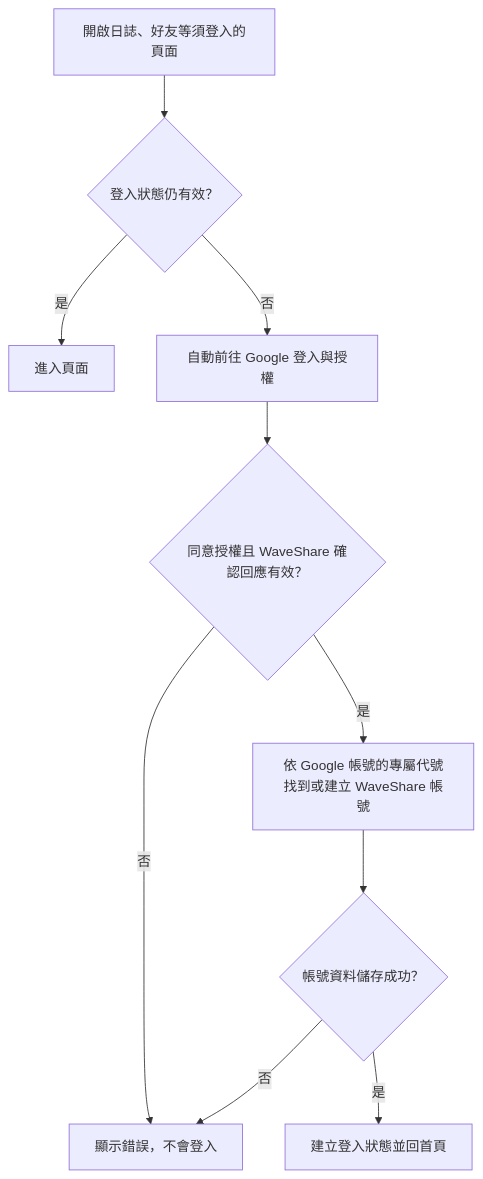
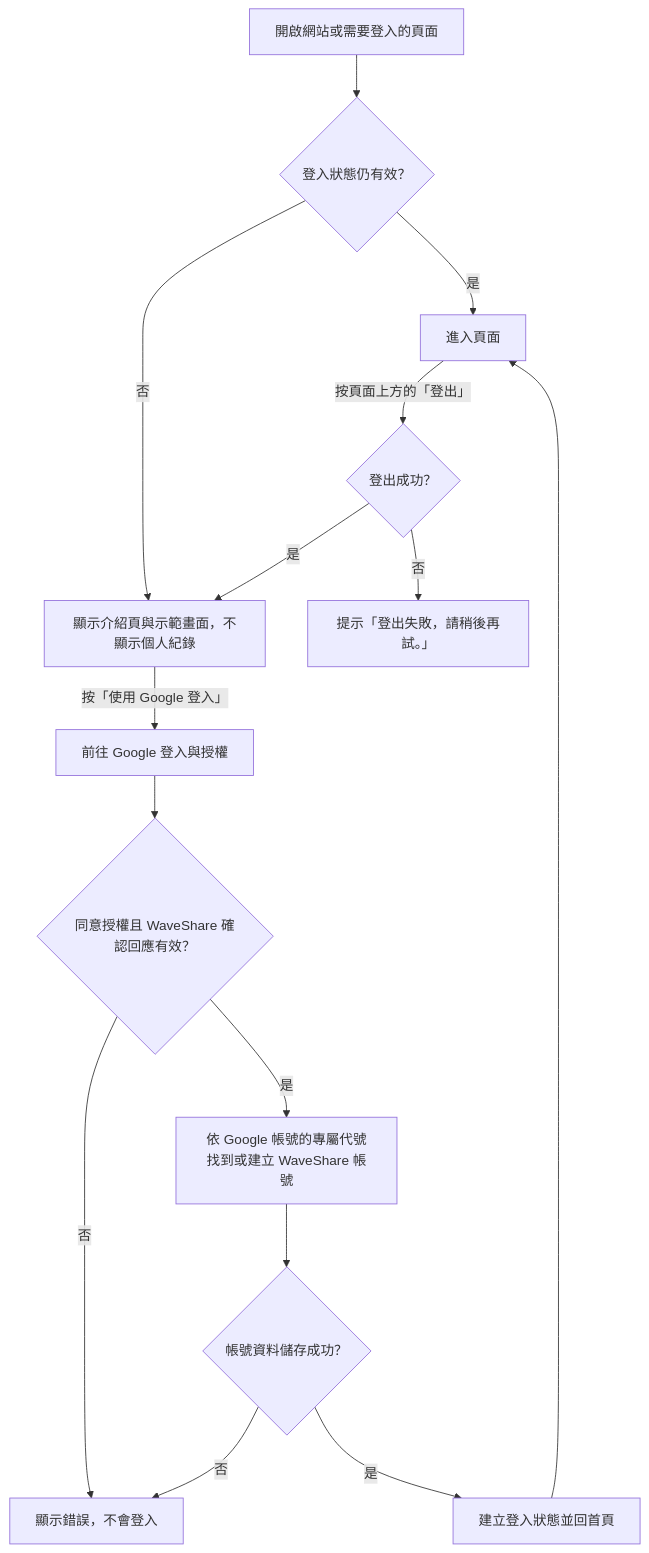
One commit to ChristingChang/waveshare changed the first of 7 diagrams in docs/flows.md. Above: the diagram before and after it, drawn with Mermaid. The commit also changed other lines of this file and 4 other files, not shown here.

Commit message:
docs: 更新登入、登出、分享圖卡與照片上傳說明

````diff
--- a/docs/flows.md
+++ b/docs/flows.md
@@ -9,12 +9,17 @@
 ```mermaid
 flowchart TD
-    A["開啟日誌、好友等須登入的頁面"] --> B{"登入狀態仍有效？"}
+    A["開啟網站或需要登入的頁面"] --> B{"登入狀態仍有效？"}
     B -->|是| C["進入頁面"]
-    B -->|否| D["自動前往 Google 登入與授權"]
+    B -->|否| K["顯示介紹頁與示範畫面，不顯示個人紀錄"]
+    K -->|按「使用 Google 登入」| D["前往 Google 登入與授權"]
     D --> E{"同意授權且 WaveShare 確認回應有效？"}
     E -->|否| F["顯示錯誤，不會登入"]
     E -->|是| G["依 Google 帳號的專屬代號找到或建立 WaveShare 帳號"]
     G --> H{"帳號資料儲存成功？"}
     H -->|否| F
     H -->|是| I["建立登入狀態並回首頁"]
+    I --> C
+    C -->|按頁面上方的「登出」| J{"登出成功？"}
+    J -->|是| K
+    J -->|否| L["提示「登出失敗，請稍後再試。」"]
 ```
````
